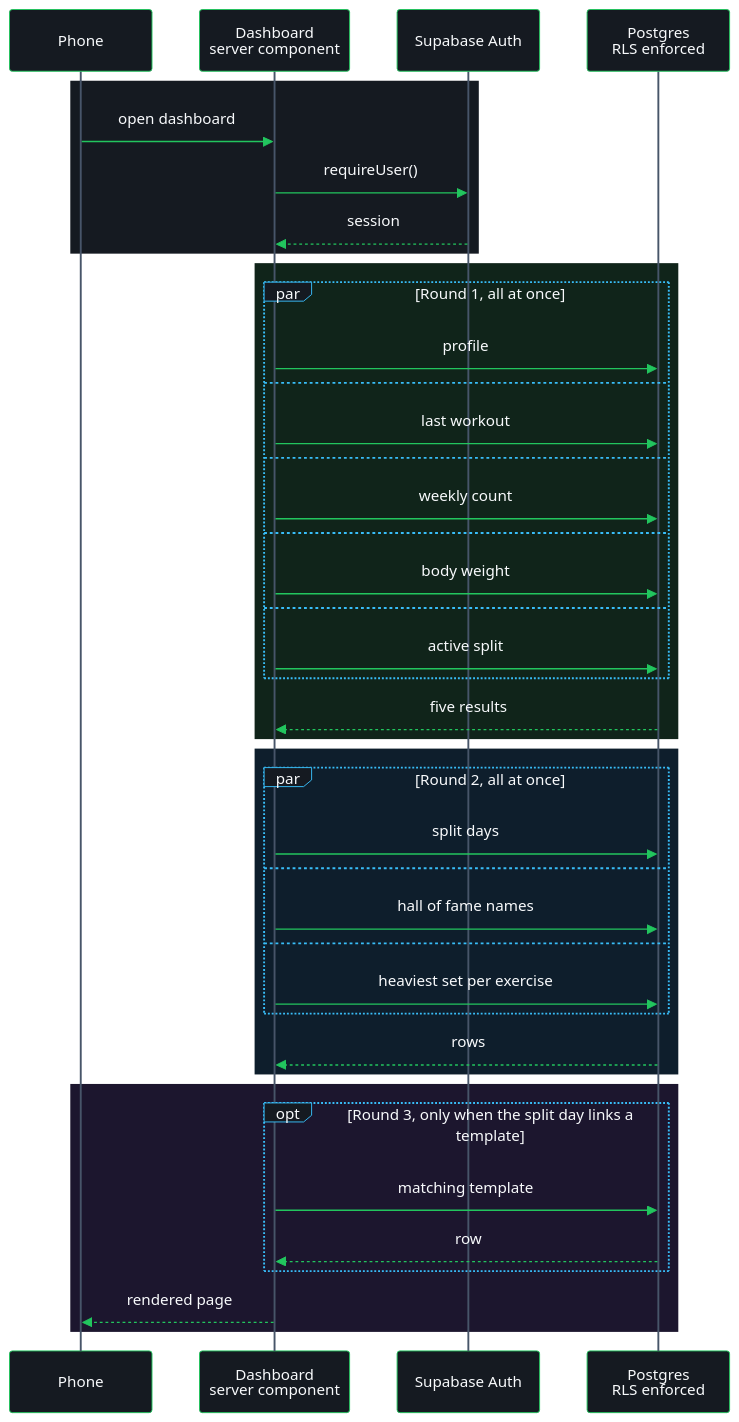
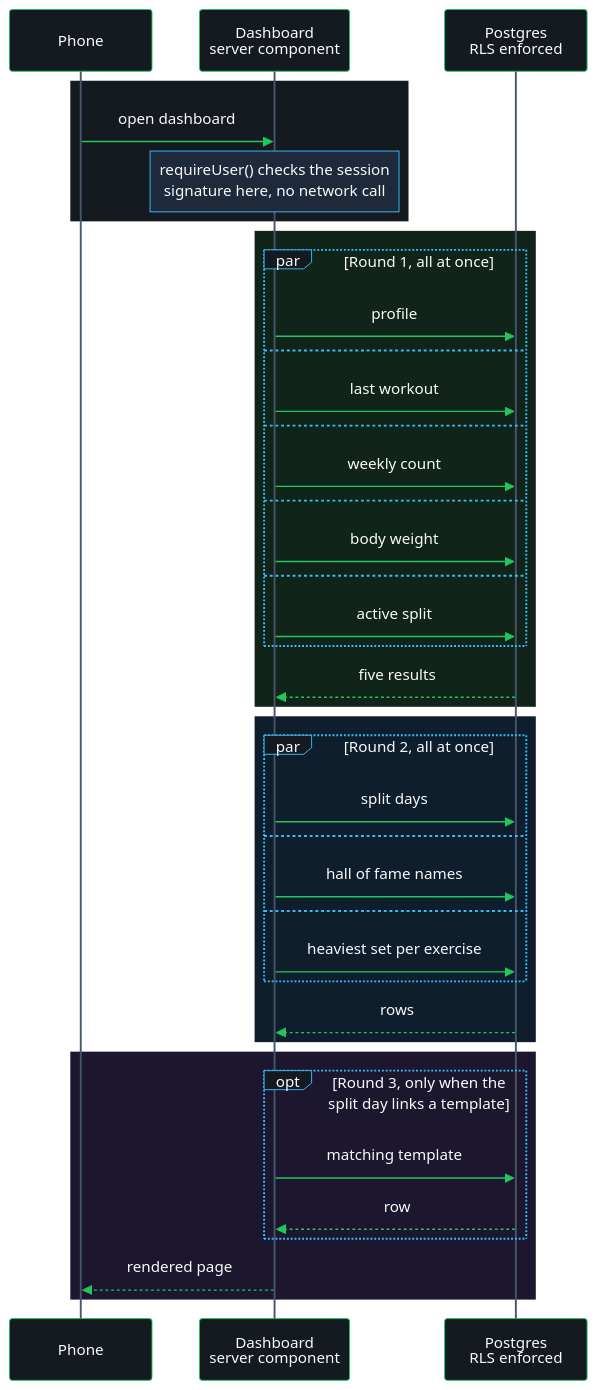
Before and after one commit to divyanshjoshii/workout-tracker: the second of 3 diagrams in docs/architecture.md, drawn with Mermaid. The commit also changed other lines of this file and 19 other files, not shown here.

````diff
--- a/docs/architecture.md
+++ b/docs/architecture.md
@@ -170,49 +191,47 @@
 ```mermaid
 %%{init: {"theme": "base", "themeVariables": {"actorBkg": "#151A21", "actorBorder": "#22C55E", "actorTextColor": "#F8FAFC", "actorLineColor": "#475569", "signalColor": "#22C55E", "signalTextColor": "#F8FAFC", "labelBoxBkgColor": "#151A21", "labelBoxBorderColor": "#38BDF8", "labelTextColor": "#F8FAFC", "loopTextColor": "#F8FAFC", "noteBkgColor": "#1E293B", "noteTextColor": "#F8FAFC", "noteBorderColor": "#38BDF8", "activationBkgColor": "#22C55E", "activationBorderColor": "#22C55E"}}}%%
 %% palette 219897bf
 sequenceDiagram
     participant P as Phone
     participant D as Dashboard<br/>server component
-    participant A as Supabase Auth
     participant DB as Postgres<br/>RLS enforced
 
     rect rgb(21, 26, 33)
         P->>D: open dashboard
-        D->>A: requireUser()
-        A-->>D: session
+        Note over D: requireUser() checks the session<br/>signature here, no network call
     end
 
     rect rgb(16, 36, 26)
         par Round 1, all at once
             D->>DB: profile
         and
             D->>DB: last workout
         and
             D->>DB: weekly count
         and
             D->>DB: body weight
         and
             D->>DB: active split
         end
         DB-->>D: five results
     end
 
     rect rgb(14, 30, 44)
         par Round 2, all at once
             D->>DB: split days
         and
             D->>DB: hall of fame names
         and
             D->>DB: heaviest set per exercise
         end
         DB-->>D: rows
     end
 
     rect rgb(28, 22, 46)
         opt Round 3, only when the split day links a template
             D->>DB: matching template
             DB-->>D: row
         end
         D-->>P: rendered page
     end
 ```
````
